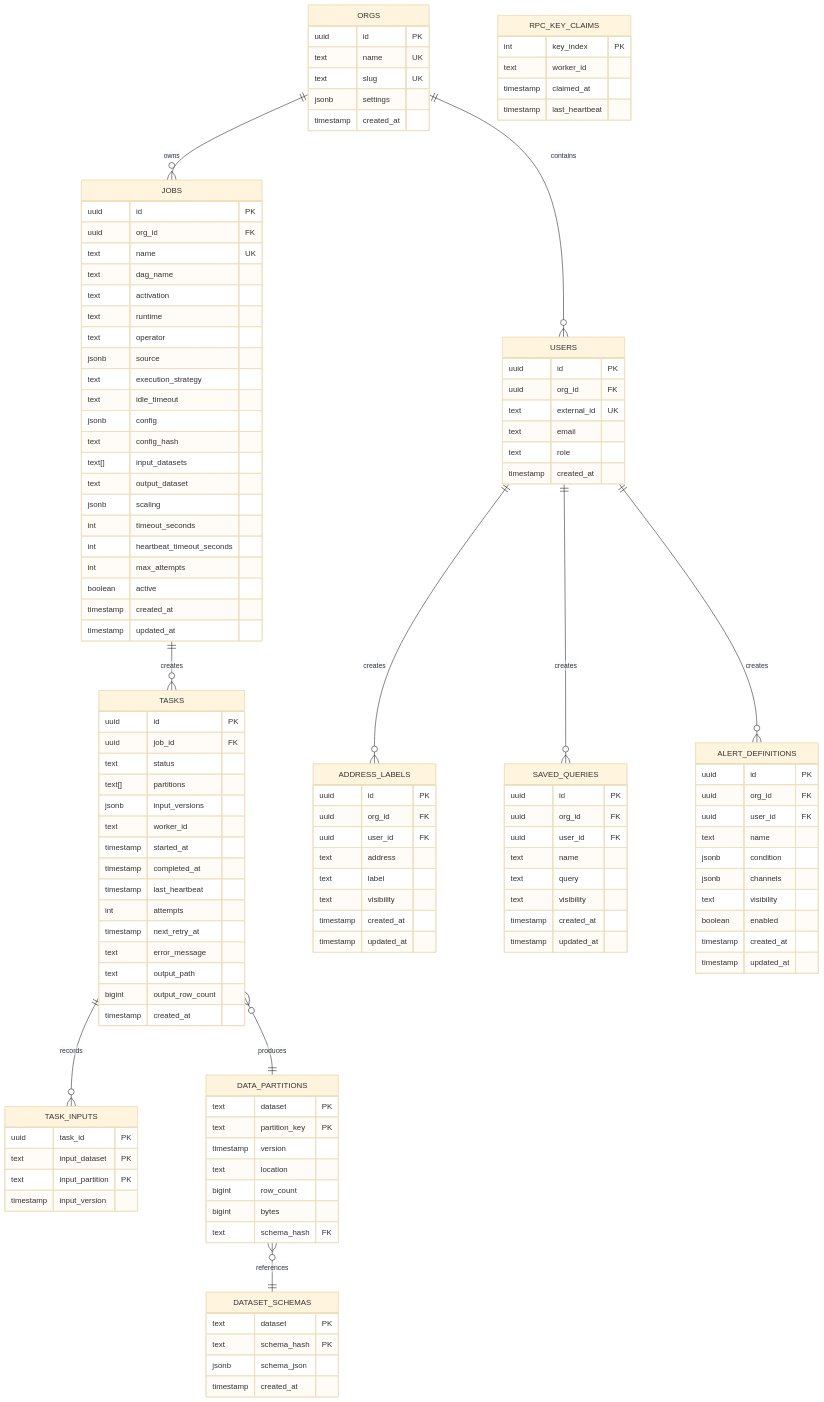
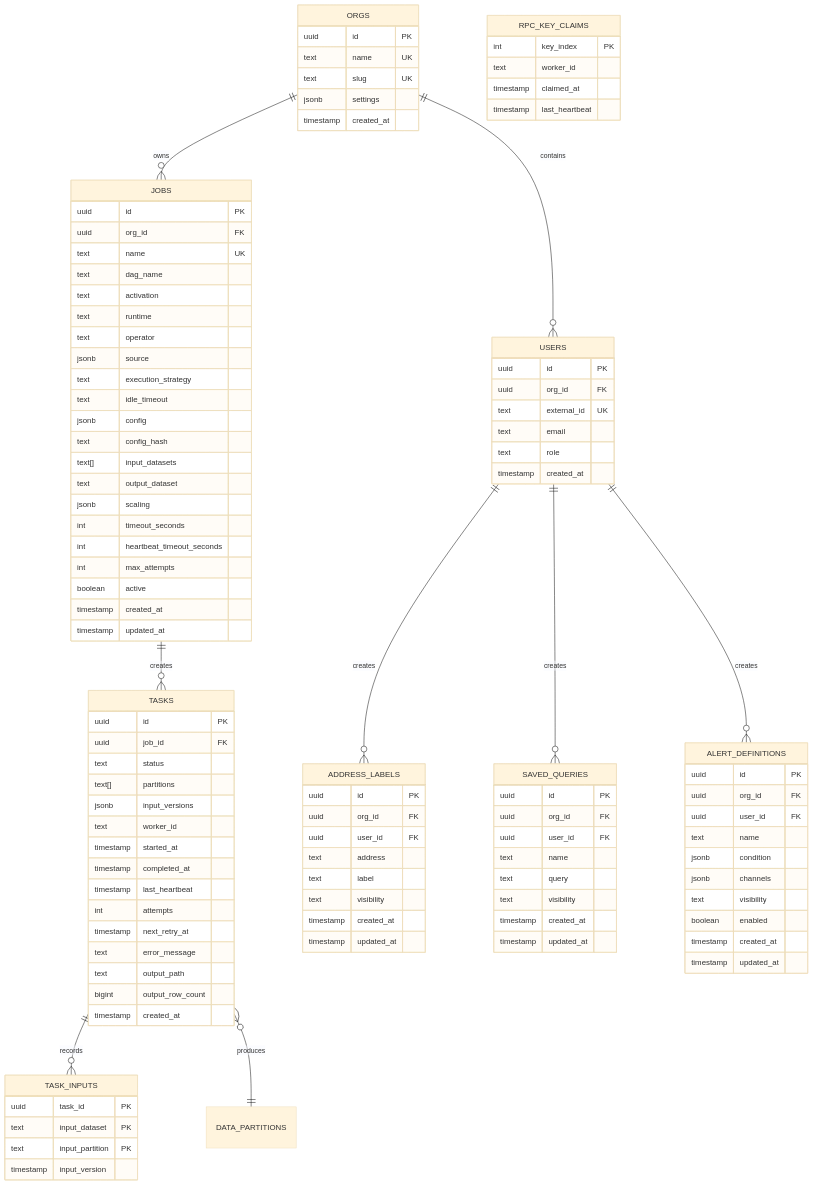
The seventh of 12 diagrams in docs/architecture/architecture.md (c7121/trace), drawn with Mermaid (base theme) before and after one commit. The commit also changed other lines of this file and 14 other files, not shown here.

```diff
--- a/docs/architecture/architecture.md
+++ b/docs/architecture/architecture.md
@@ -291,25 +487,6 @@
         timestamp created_at
     }
     
-    DATA_PARTITIONS {
-        text dataset PK
-        text partition_key PK
-        timestamp version
-        text location
-        bigint row_count
-        bigint bytes
-        text schema_hash FK
-    }
-    
-    DATASET_SCHEMAS {
-        text dataset PK
-        text schema_hash PK
-        jsonb schema_json
-        timestamp created_at
-    }
-    
-    DATA_PARTITIONS }o--|| DATASET_SCHEMAS : references
-    
     TASK_INPUTS {
         uuid task_id PK
         text input_dataset PK
```
